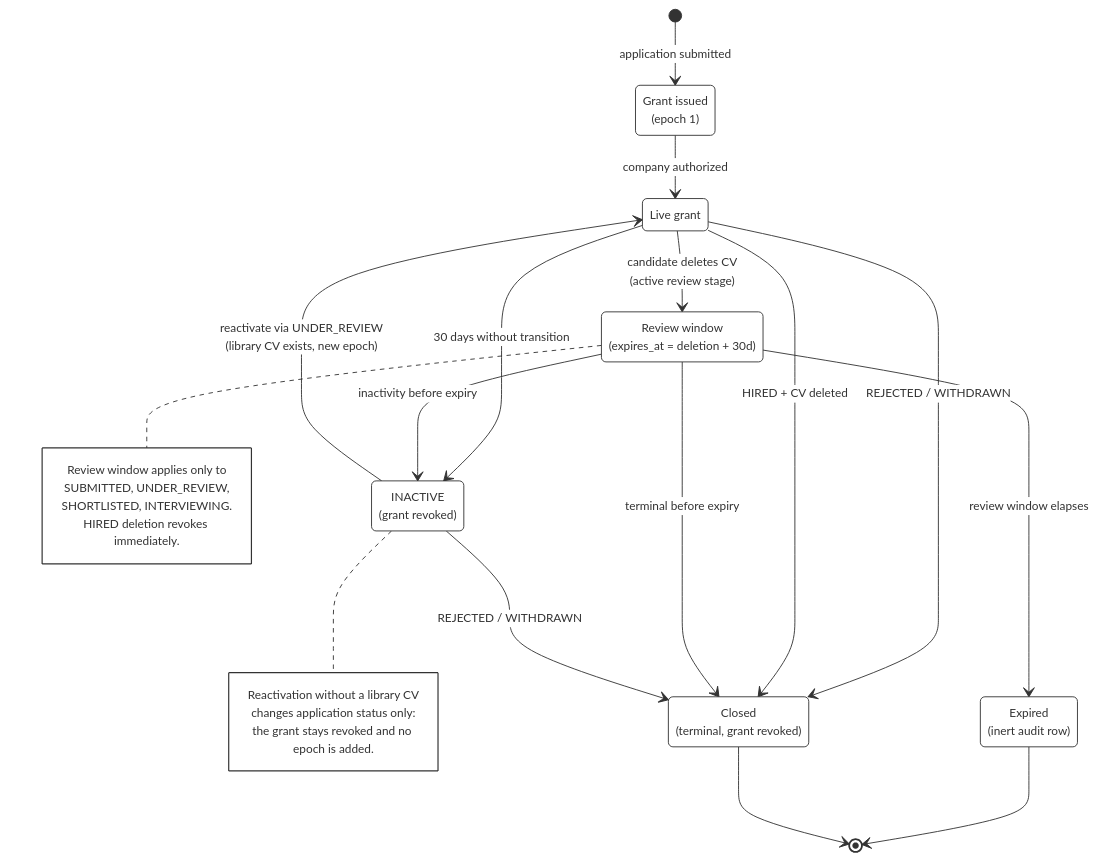
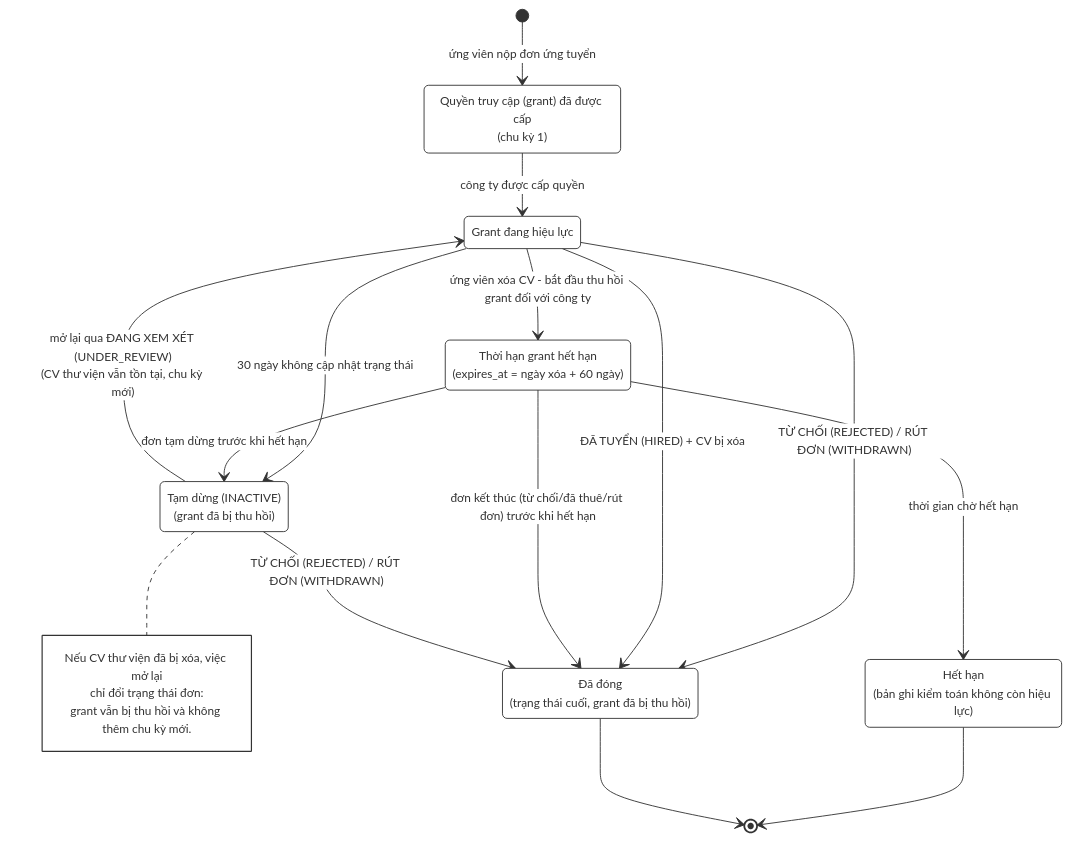
The first of 5 diagrams in docs/backend/candidate-cv-access-grant-diagrams.md (GuardianWork/guard-work), drawn with Mermaid before and after one commit.

Commit message:
docs(GW-112): update CV access grant diagrams

````diff
--- a/docs/backend/candidate-cv-access-grant-diagrams.md
+++ b/docs/backend/candidate-cv-access-grant-diagrams.md
@@ -9,40 +9,33 @@
 ```mermaid
 %%{init: {'theme': 'base', 'themeVariables': {'primaryColor': '#ffffff', 'primaryTextColor': '#333333', 'primaryBorderColor': '#333333', 'secondaryColor': '#ffffff', 'tertiaryColor': '#ffffff', 'mainBkg': '#ffffff', 'nodeBorder': '#333333', 'textColor': '#333333', 'lineColor': '#333333', 'clusterBkg': '#ffffff', 'clusterBorder': '#333333', 'edgeLabelBackground': '#ffffff', 'noteBkgColor': '#ffffff', 'noteBorderColor': '#333333', 'noteTextColor': '#333333', 'actorBkg': '#ffffff', 'actorBorder': '#333333', 'actorTextColor': '#333333', 'actorLineColor': '#333333', 'signalColor': '#333333', 'signalTextColor': '#333333', 'labelBoxBkgColor': '#ffffff', 'labelBoxBorderColor': '#333333', 'labelTextColor': '#333333', 'loopTextColor': '#333333', 'activationBkgColor': '#ffffff', 'activationBorderColor': '#333333', 'sequenceNumberColor': '#333333', 'fontFamily': 'Helvetica, Arial, sans-serif', 'fontSize': '13px'}, 'themeCSS': '.node rect, .statediagram-state rect, .statediagram-note rect, .note, .actor, .labelBox { rx: 0px !important; ry: 0px !important; }'}}%%
 stateDiagram-v2
 
-    state "Grant issued<br/>(epoch 1)" as Issued
-    state "Live grant" as Live
-    state "Review window<br/>(expires_at = deletion + 30d)" as Window
-    state "INACTIVE<br/>(grant revoked)" as Inactive
-    state "Expired<br/>(inert audit row)" as Expired
-    state "Closed<br/>(terminal, grant revoked)" as Closed
+    state "Quyền truy cập (grant) đã được cấp<br/>(chu kỳ 1)" as Issued
+    state "Grant đang hiệu lực" as Live
+    state "Thời hạn grant hết hạn<br/>(expires_at = ngày xóa + 60 ngày)" as Window
+    state "Tạm dừng (INACTIVE)<br/>(grant đã bị thu hồi)" as Inactive
+    state "Hết hạn<br/>(bản ghi kiểm toán không còn hiệu lực)" as Expired
+    state "Đã đóng<br/>(trạng thái cuối, grant đã bị thu hồi)" as Closed
 
-    [*] --> Issued: application submitted
-    Issued --> Live: company authorized
-    Live --> Window: candidate deletes CV<br/>(active review stage)
-    Live --> Inactive: 30 days without transition
-    Live --> Closed: REJECTED / WITHDRAWN
-    Live --> Closed: HIRED + CV deleted
-    Window --> Expired: review window elapses
-    Window --> Inactive: inactivity before expiry
-    Window --> Closed: terminal before expiry
-    Inactive --> Live: reactivate via UNDER_REVIEW<br/>(library CV exists, new epoch)
-    Inactive --> Closed: REJECTED / WITHDRAWN
+    [*] --> Issued: ứng viên nộp đơn ứng tuyển
+    Issued --> Live: công ty được cấp quyền
+    Live --> Window: ứng viên xóa CV - bắt đầu thu hồi grant đối với công ty
+    Live --> Inactive: 30 ngày không cập nhật trạng thái
+    Live --> Closed: TỪ CHỐI (REJECTED) / RÚT ĐƠN (WITHDRAWN)
+    Live --> Closed: ĐÃ TUYỂN (HIRED) + CV bị xóa
+    Window --> Expired: thời gian chờ hết hạn
+    Window --> Inactive: đơn tạm dừng trước khi hết hạn
+    Window --> Closed: đơn kết thúc (từ chối/đã thuê/rút đơn) trước khi hết hạn
+    Inactive --> Live: mở lại qua ĐANG XEM XÉT (UNDER_REVIEW)<br/>(CV thư viện vẫn tồn tại, chu kỳ mới)
+    Inactive --> Closed: TỪ CHỐI (REJECTED) / RÚT ĐƠN (WITHDRAWN)
     Expired --> [*]
     Closed --> [*]
 
-    note right of Window
-        Review window applies only to
-        SUBMITTED, UNDER_REVIEW,
-        SHORTLISTED, INTERVIEWING.
-        HIRED deletion revokes immediately.
-    end note
-
     note right of Inactive
-        Reactivation without a library CV
-        changes application status only:
-        the grant stays revoked and no epoch is added.
+        Nếu CV thư viện đã bị xóa, việc mở lại
+        chỉ đổi trạng thái đơn:
+        grant vẫn bị thu hồi và không thêm chu kỳ mới.
     end note
 
 
 ```
````
